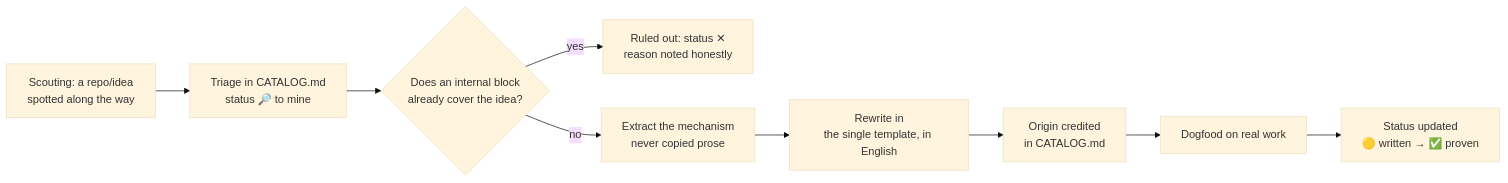
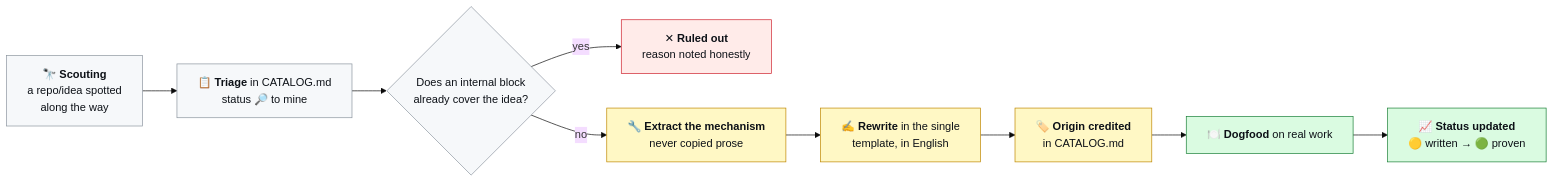
The fourth of 6 diagrams in doc/HOW-WE-WRITE-OUR-AGENTS.md (techmefr/mentis), drawn with Mermaid (base theme) before and after one commit. The commit also changed other lines of this file and 1 other file, not shown here.

````diff
--- a/doc/HOW-WE-WRITE-OUR-AGENTS.md
+++ b/doc/HOW-WE-WRITE-OUR-AGENTS.md
@@ -213,11 +269,20 @@
 ```mermaid
 flowchart LR
-    V[Scouting: a repo/idea<br/>spotted along the way] --> T[Triage in CATALOG.md<br/>status 🔎 to mine]
-    T --> D{Does an internal block<br/>already cover the idea?}
-    D -->|yes| X[Ruled out: status ✕<br/>reason noted honestly]
-    D -->|no| E[Extract the mechanism<br/>never copied prose]
-    E --> W[Rewrite in<br/>the single template, in English]
-    W --> O[Origin credited<br/>in CATALOG.md]
-    O --> DF[Dogfood on real work]
-    DF --> S[Status updated<br/>🟡 written → ✅ proven]
+    V["🔭 <b>Scouting</b><br/>a repo/idea spotted<br/>along the way"] --> T["📋 <b>Triage</b> in CATALOG.md<br/>status 🔎 to mine"]
+    T --> D{"Does an internal block<br/>already cover the idea?"}
+    D -->|yes| X["✕ <b>Ruled out</b><br/>reason noted honestly"]
+    D -->|no| E["🔧 <b>Extract the mechanism</b><br/>never copied prose"]
+    E --> W["✍️ <b>Rewrite</b> in the single<br/>template, in English"]
+    W --> O["🏷️ <b>Origin credited</b><br/>in CATALOG.md"]
+    O --> DF["🍽️ <b>Dogfood</b> on real work"]
+    DF --> S["📈 <b>Status updated</b><br/>🟡 written → 🟢 proven"]
+
+    classDef scout fill:#f6f8fa,stroke:#8c959f,color:#0d1117
+    classDef out fill:#ffebe9,stroke:#cf222e,color:#0d1117
+    classDef work fill:#fff8c5,stroke:#bf8700,color:#0d1117
+    classDef done fill:#dafbe1,stroke:#1a7f37,color:#0d1117
+    class V,T,D scout
+    class X out
+    class E,W,O work
+    class DF,S done
 ```
````
